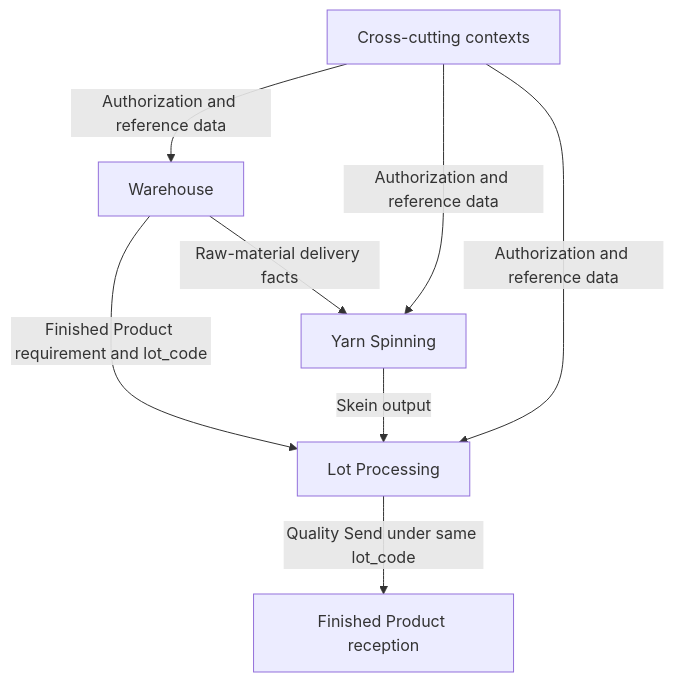
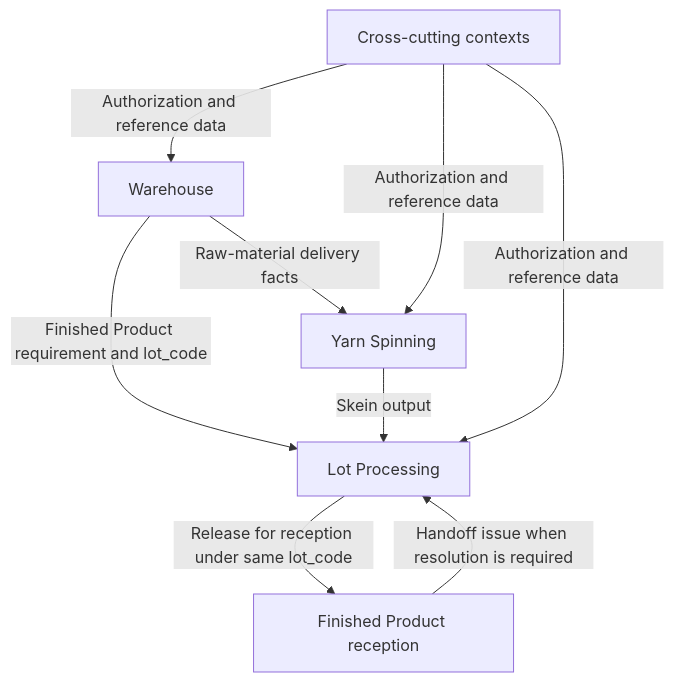
Before and after one commit to luiscm17/colibri-hub: the diagram in docs/architecture/context-map.md, drawn with Mermaid. The commit also changed other lines of this file and 4 other files, not shown here.

Commit message:
docs: adopt role-neutral finished-product handoff in architecture

````diff
--- a/docs/architecture/context-map.md
+++ b/docs/architecture/context-map.md
@@ -180,16 +186,17 @@
 ```mermaid
 flowchart TD
     W["Warehouse"]
     YS["Yarn Spinning"]
     LP["Lot Processing"]
     FP["Finished Product reception"]
     XS["Cross-cutting contexts"]
 
     W -->|"Raw-material delivery facts"| YS
     W -->|"Finished Product requirement and lot_code"| LP
     YS -->|"Skein output"| LP
-    LP -->|"Quality Send under same lot_code"| FP
+    LP -->|"Release for reception under same lot_code"| FP
+    FP -->|"Handoff issue when resolution is required"| LP
     XS -->|"Authorization and reference data"| W
     XS -->|"Authorization and reference data"| YS
     XS -->|"Authorization and reference data"| LP
 ```
````
